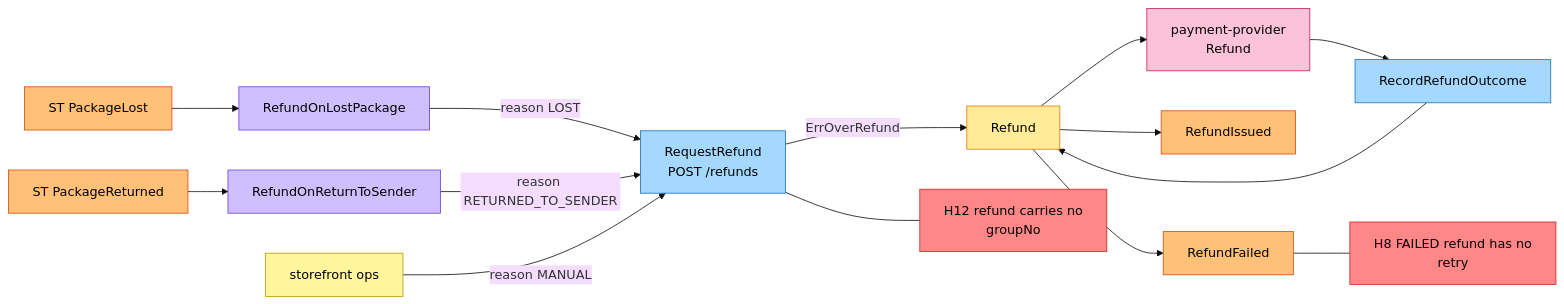
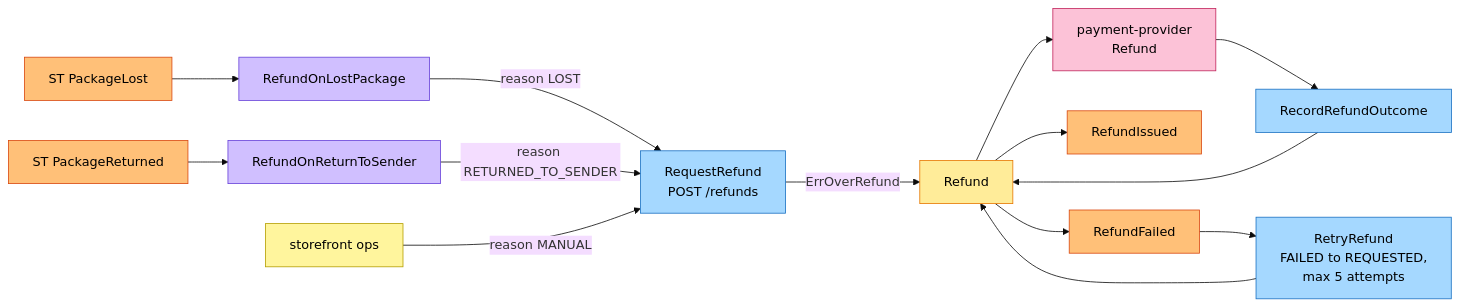
The fourth of 5 diagrams in storefront/docs/contexts/customer-payments/eventstorming.md (IQVO/warehouse-docs), drawn with Mermaid (base theme) before and after one commit. The commit also changed other lines of this file and 11 other files, not shown here.

````diff
--- a/storefront/docs/contexts/customer-payments/eventstorming.md
+++ b/storefront/docs/contexts/customer-payments/eventstorming.md
@@ -183,38 +183,36 @@
 ```mermaid
 flowchart LR
     ST["ST PackageLost"]:::event
     SR["ST PackageReturned"]:::event
     OPS["storefront ops"]:::actor
     P5["RefundOnLostPackage"]:::policy
     P6["RefundOnReturnToSender"]:::policy
     C5["RequestRefund<br/>POST /refunds"]:::command
     G2["Refund"]:::aggregate
     PSP["payment-provider<br/>Refund"]:::external
     C6["RecordRefundOutcome"]:::command
     E7["RefundIssued"]:::event
     E8["RefundFailed"]:::event
-    H8["H8 FAILED refund has no<br/>retry"]:::hotspot
-    H12["H12 refund carries no<br/>groupNo"]:::hotspot
+    C9["RetryRefund<br/>FAILED to REQUESTED,<br/>max 5 attempts"]:::command
 
     ST --> P5
     SR --> P6
     P5 -->|reason LOST| C5
     P6 -->|reason RETURNED_TO_SENDER| C5
     OPS -->|reason MANUAL| C5
     C5 -->|ErrOverRefund| G2
     G2 --> PSP
     PSP --> C6
     C6 --> G2
     G2 --> E7
     G2 --> E8
-    E8 --- H8
-    C5 --- H12
+    E8 --> C9
+    C9 --> G2
 
     classDef actor fill:#fff59d,stroke:#b59f00,color:#000
     classDef command fill:#a5d8ff,stroke:#1971c2,color:#000
     classDef aggregate fill:#ffec99,stroke:#e67700,color:#000
     classDef event fill:#ffc078,stroke:#d9480f,color:#000
     classDef policy fill:#d0bfff,stroke:#6741d9,color:#000
     classDef external fill:#fcc2d7,stroke:#c2255c,color:#000
-    classDef hotspot fill:#ff8787,stroke:#c92a2a,color:#000
 ```
````
